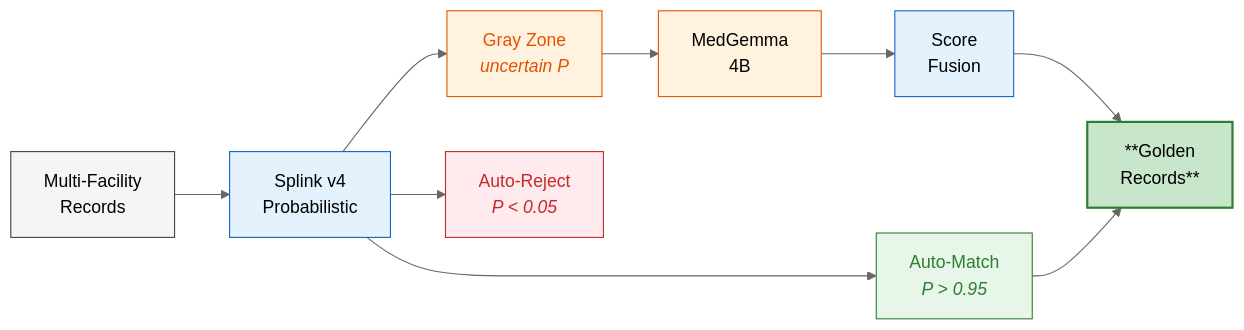
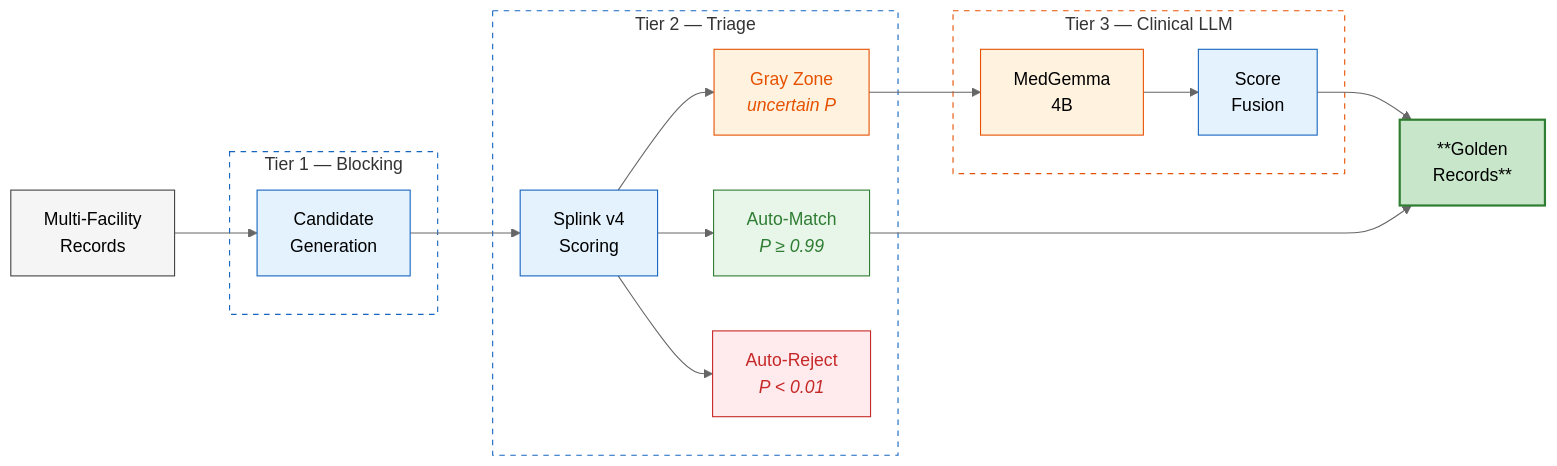
The diagram in paper/fig_architecture.mmd (abicyclerider/SyntheticMass), drawn with Mermaid (neutral theme) before and after one commit. The commit also changed 6 other files, not shown here.

```diff
--- a/paper/fig_architecture.mmd
+++ b/paper/fig_architecture.mmd
@@ -1,18 +1,35 @@
 graph LR
-    input["Multi-Facility<br/>Records"] --> splink["Splink v4<br/>Probabilistic"]
-    splink --> auto["Auto-Match<br/><i>P > 0.95</i>"]
-    splink --> gray["Gray Zone<br/><i>uncertain P</i>"]
-    splink --> reject["Auto-Reject<br/><i>P < 0.05</i>"]
-    gray --> llm["MedGemma<br/>4B"]
-    llm --> fusion["Score<br/>Fusion"]
+    input["Multi-Facility<br/>Records"] --> block
+
+    subgraph tier1 ["Tier 1 — Blocking"]
+        block["Candidate<br/>Generation"]
+    end
+
+    block --> splink
+
+    subgraph tier2 ["Tier 2 — Triage"]
+        splink["Splink v4<br/>Scoring"] --> auto["Auto-Match<br/><i>P ≥ 0.99</i>"]
+        splink --> gray["Gray Zone<br/><i>uncertain P</i>"]
+        splink --> reject["Auto-Reject<br/><i>P < 0.01</i>"]
+    end
+
+    subgraph tier3 ["Tier 3 — Clinical LLM"]
+        llm["MedGemma<br/>4B"] --> fusion["Score<br/>Fusion"]
+    end
+
+    gray --> llm
     fusion --> golden["**Golden<br/>Records**"]
     auto --> golden
 
     style input fill:#F5F5F5,stroke:#424242
+    style block fill:#E3F2FD,stroke:#1565C0
     style splink fill:#E3F2FD,stroke:#1565C0
     style auto fill:#E8F5E9,stroke:#2E7D32,color:#2E7D32
     style gray fill:#FFF3E0,stroke:#E65100,color:#E65100
     style reject fill:#FFEBEE,stroke:#C62828,color:#C62828
     style llm fill:#FFF3E0,stroke:#E65100
     style fusion fill:#E3F2FD,stroke:#1565C0
     style golden fill:#C8E6C9,stroke:#2E7D32,stroke-width:2px
+    style tier1 fill:none,stroke:#1565C0,stroke-dasharray:5 5
+    style tier2 fill:none,stroke:#1565C0,stroke-dasharray:5 5
+    style tier3 fill:none,stroke:#E65100,stroke-dasharray:5 5
```
